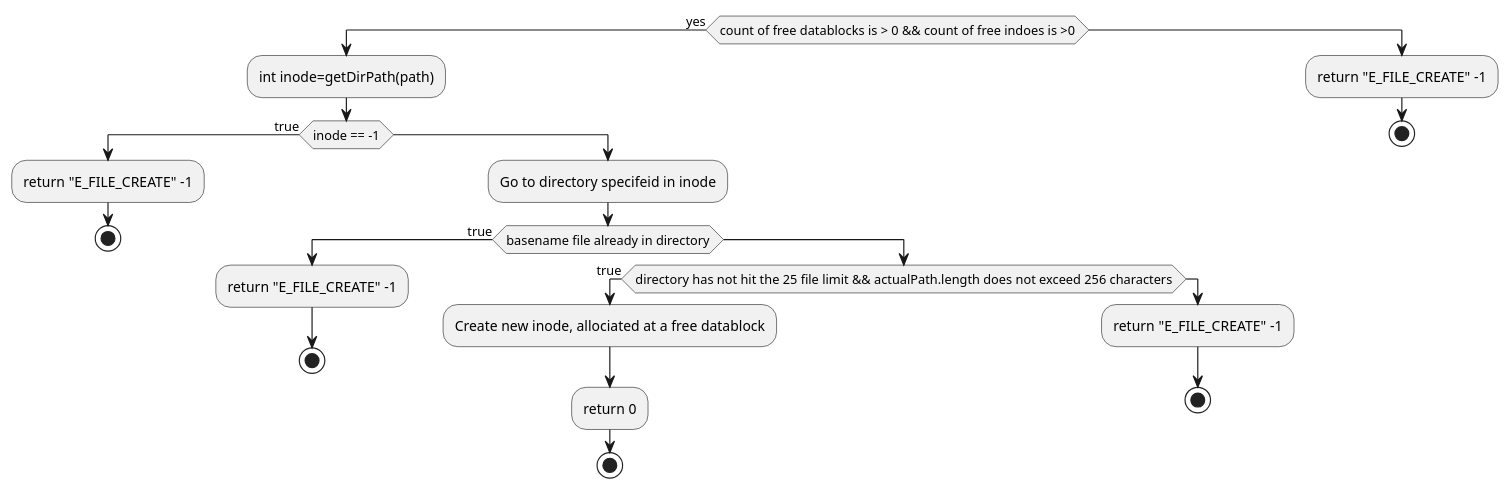
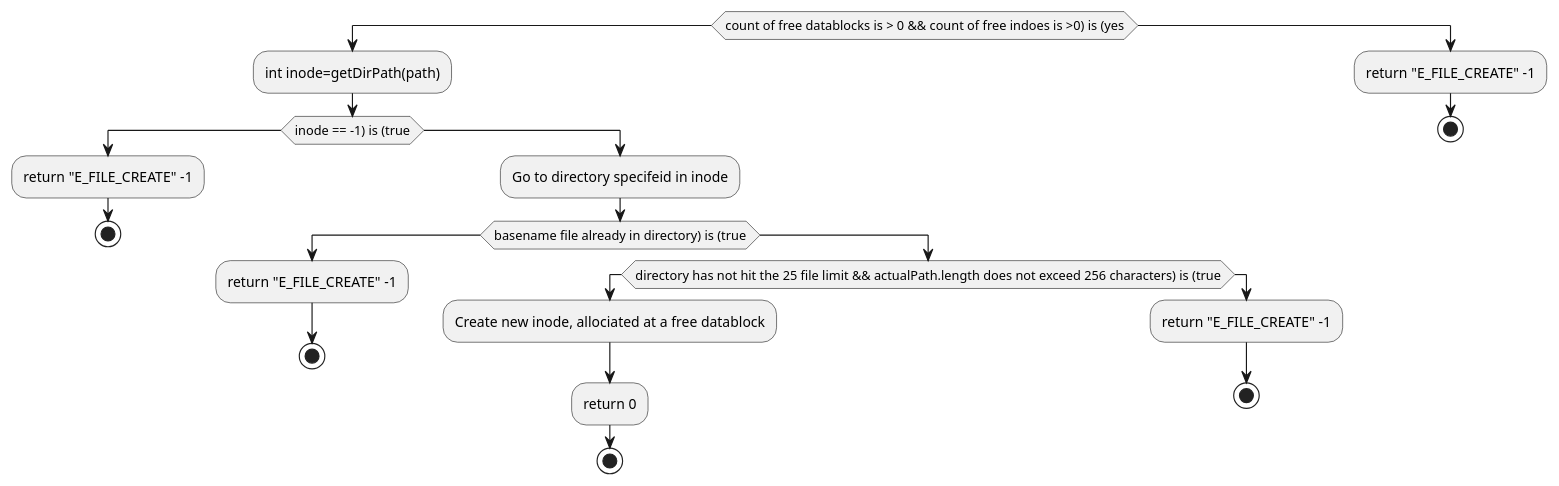
One commit to HawaiinPizza/CIS-450-final-project changed the sixth of 20 diagrams in Plan.org. Above: the diagram before and after it, drawn with PlantUML. The commit also changed other lines of this file and 7 other files, not shown here.

```diff
--- a/Plan.org
+++ b/Plan.org
@@ -428,28 +435,28 @@
      #+BEGIN_SRC plantuml  :file Plant/FileCreate.png
-	if(count of free datablocks is > 0 && count of free indoes is >0) then (yes)
+	if(count of free datablocks is > 0 && count of free indoes is >0) is (yes)
 		:int inode=getDirPath(path);
-		if(inode == -1) then (true)
+		if(inode == -1) is (true)
 		    :return "E_FILE_CREATE" -1;
 				    stop
 		else
 			:Go to directory specifeid in inode;
-			if(basename file already in directory) then (true)
+			if(basename file already in directory) is (true)
 			    :return "E_FILE_CREATE" -1;
 				    stop
 			else
-				if(directory has not hit the 25 file limit && actualPath.length does not exceed 256 characters) then (true)
+				if(directory has not hit the 25 file limit && actualPath.length does not exceed 256 characters) is (true)
 				    :Create new inode, allociated at a free datablock;
 				    :return 0;
 				    stop
 				else
 				    :return "E_FILE_CREATE" -1;
 				    stop
 				endif
 				
 			endif
 		endif
 	else
 		:return "E_FILE_CREATE" -1;
 				    stop
 	endif
      #+END_SRC
```
